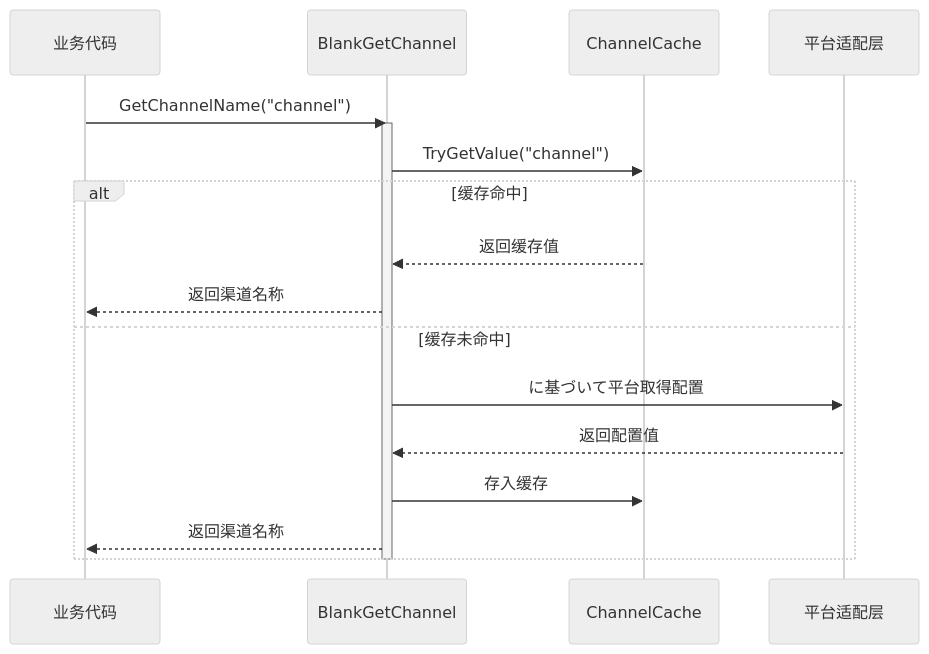
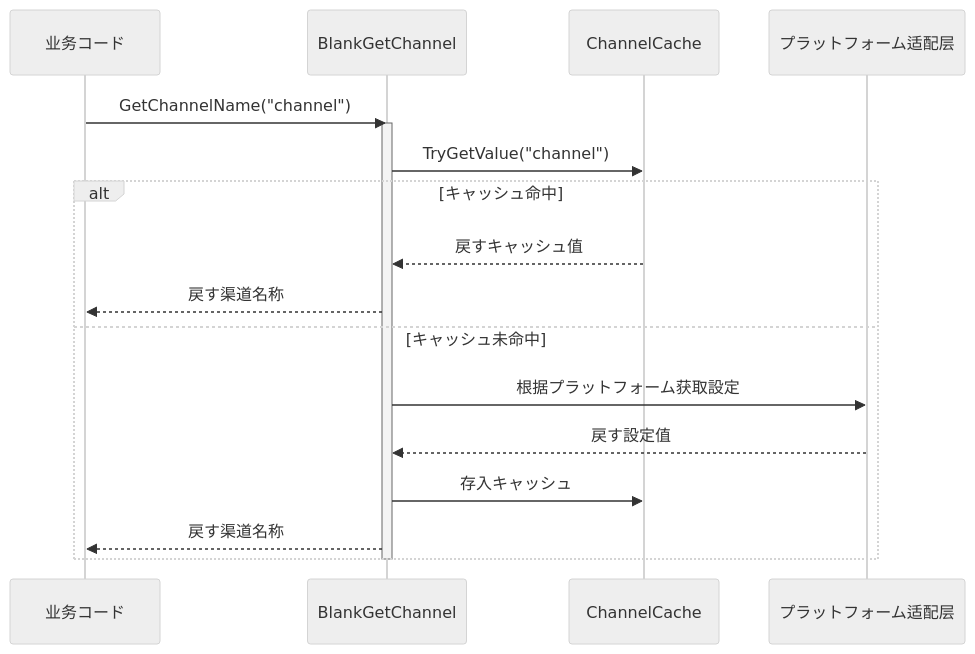
The third of 3 diagrams in docs/ja/client/unity/component/getchannel/01.overview.md (AlianBlank/GameFrameX.Docs), drawn with Mermaid (neutral theme) before and after one commit. The commit also changed other lines of this file and 320 other files, not shown here.

````diff
--- a/docs/ja/client/unity/component/getchannel/01.overview.md
+++ b/docs/ja/client/unity/component/getchannel/01.overview.md
@@ -108,24 +108,24 @@
 ```mermaid
 sequenceDiagram
-    participant Client as 业务代码
+    participant Client as 业务コード
     participant API as BlankGetChannel
     participant Cache as ChannelCache
-    participant Platform as 平台适配层
+    participant Platform as プラットフォーム适配层
 
     Client->>API: GetChannelName("channel")
     activate API
     
     API->>Cache: TryGetValue("channel")
     
-    alt 缓存命中
-        Cache-->>API: 返回缓存值
-        API-->>Client: 返回渠道名称
-    else 缓存未命中
-        API->>Platform: に基づいて平台取得配置
-        Platform-->>API: 返回配置值
-        API->>Cache: 存入缓存
-        API-->>Client: 返回渠道名称
+    alt キャッシュ命中
+        Cache-->>API: 戻すキャッシュ值
+        API-->>Client: 戻す渠道名称
+    else キャッシュ未命中
+        API->>Platform: 根据プラットフォーム获取設定
+        Platform-->>API: 戻す設定值
+        API->>Cache: 存入キャッシュ
+        API-->>Client: 戻す渠道名称
     end
     
     deactivate API
 ```
````
